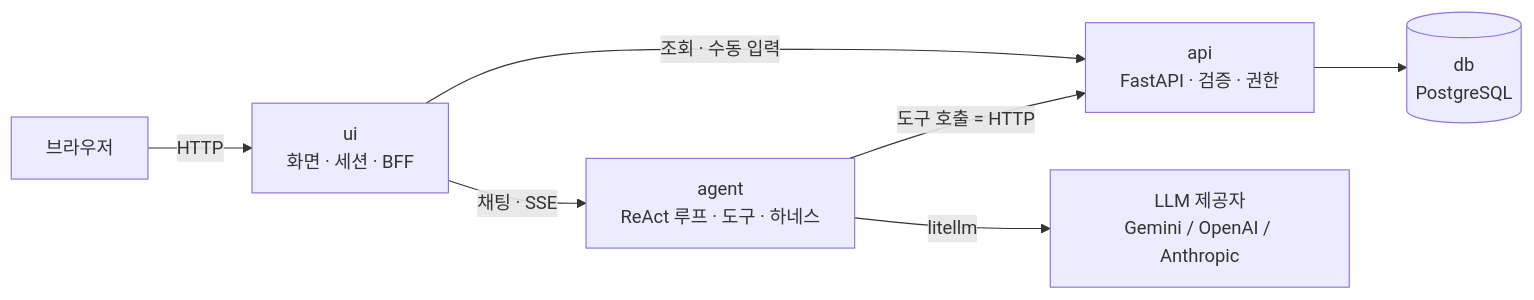
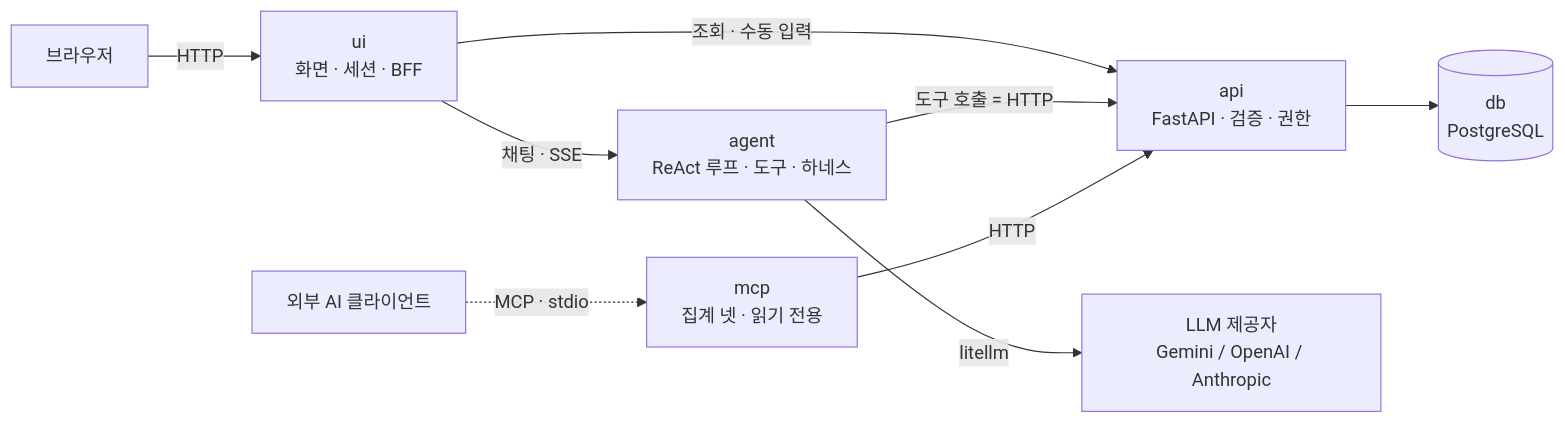
Before and after one commit to 2026-ai-service-engineering-a/account-book: the diagram in README.md, drawn with Mermaid. The commit also changed other lines of this file and 4 other files, not shown here.

````diff
--- a/README.md
+++ b/README.md
@@ -58,9 +58,11 @@
 ```mermaid
 graph LR
   B[브라우저] -->|HTTP| UI[ui<br/>화면 · 세션 · BFF]
   UI -->|채팅 · SSE| AG[agent<br/>ReAct 루프 · 도구 · 하네스]
   UI -->|조회 · 수동 입력| API[api<br/>FastAPI · 검증 · 권한]
   AG -->|도구 호출 = HTTP| API
   API --> DB[(db<br/>PostgreSQL)]
   AG -->|litellm| LLM[LLM 제공자<br/>Gemini / OpenAI / Anthropic]
+  EX[외부 AI 클라이언트] -.->|MCP · stdio| MCP[mcp<br/>집계 넷 · 읽기 전용]
+  MCP -->|HTTP| API
 ```
````
